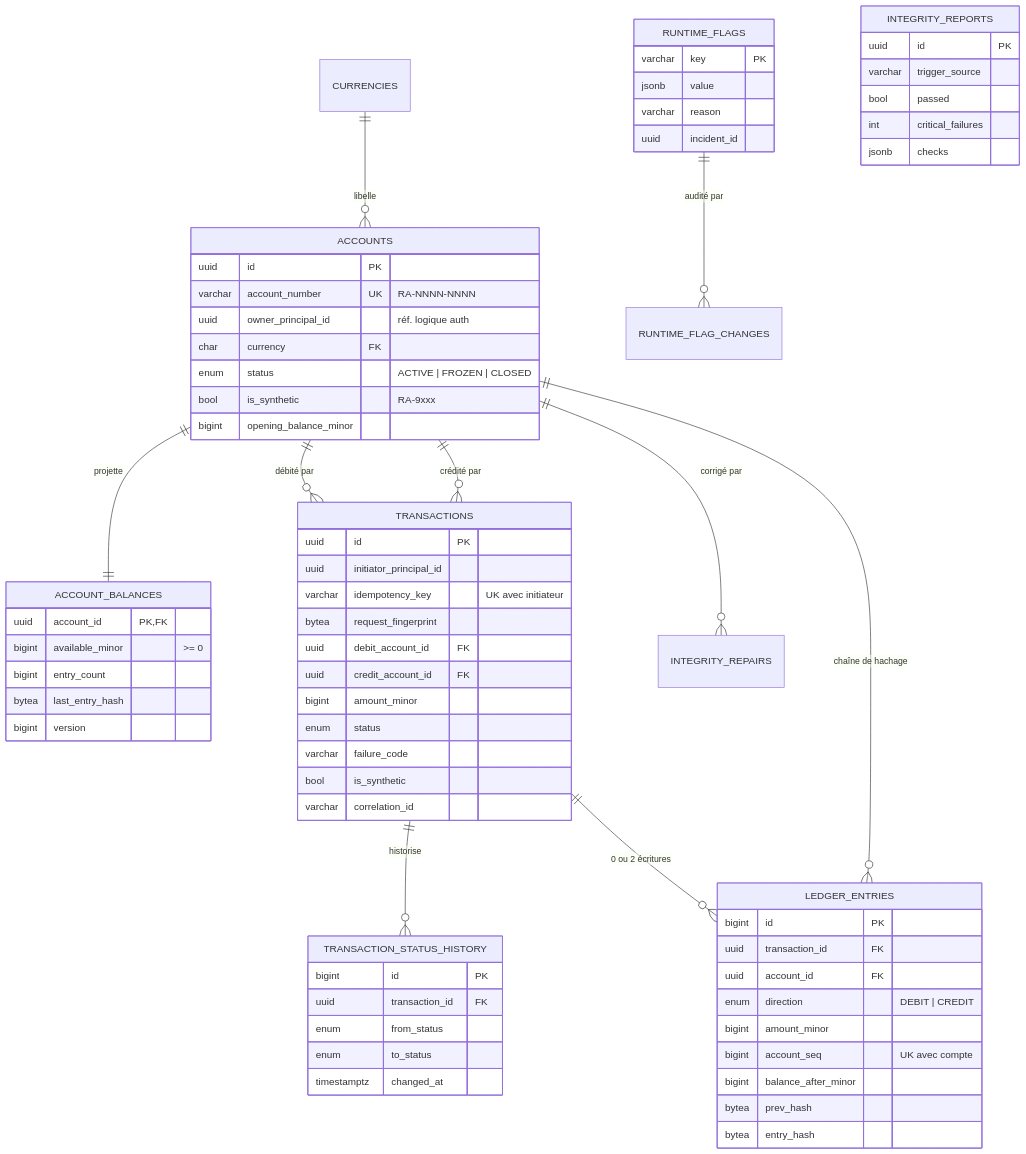
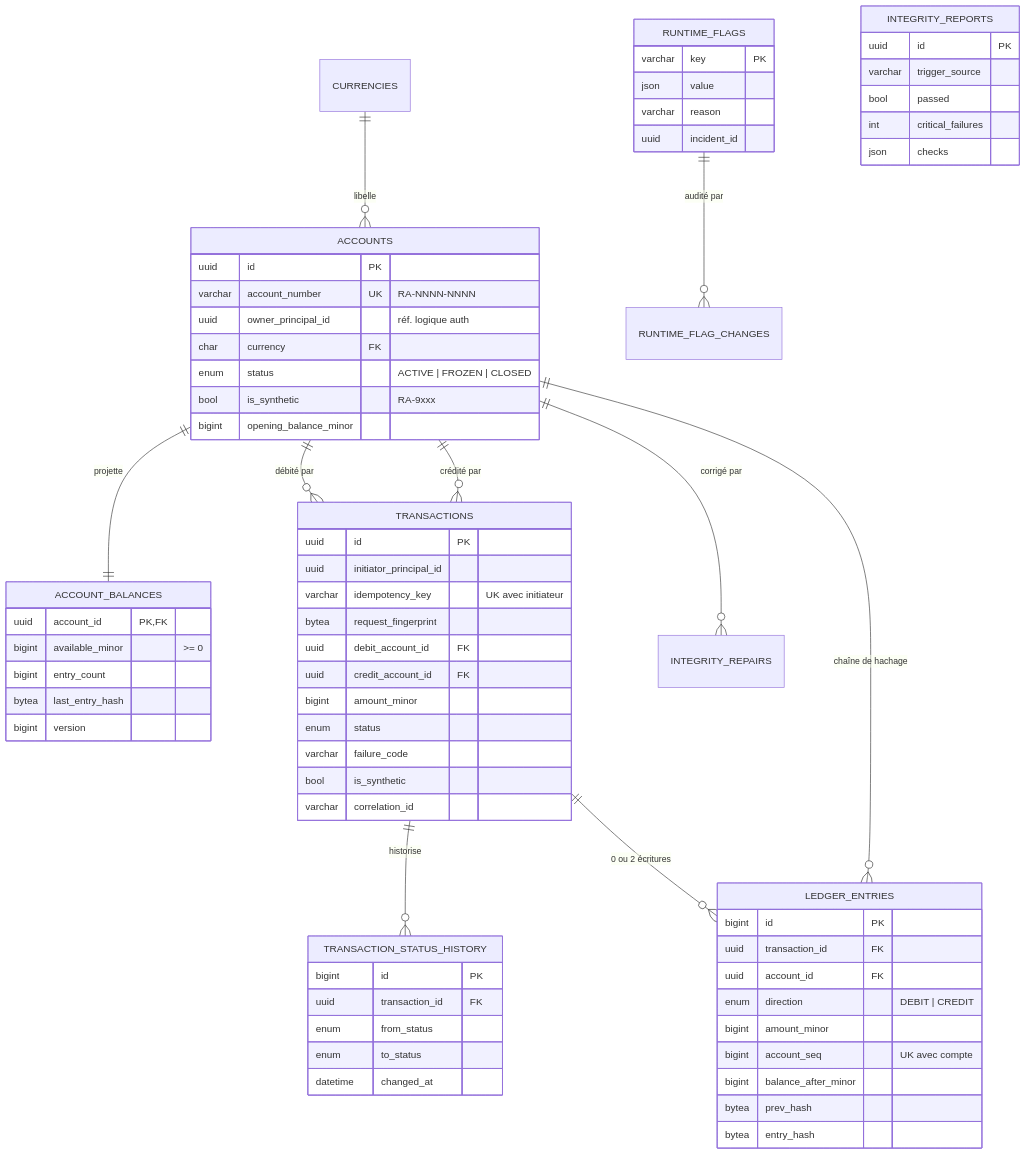
The second of 4 diagrams in docs/02-modele-donnees.md (HexNyo/WorkShop-2026), drawn with Mermaid before and after one commit. The commit also changed other lines of this file and 64 other files, not shown here.

````diff
--- a/docs/02-modele-donnees.md
+++ b/docs/02-modele-donnees.md
@@ -71,73 +71,73 @@
 ```mermaid
 erDiagram
     CURRENCIES ||--o{ ACCOUNTS : "libelle"
     ACCOUNTS ||--|| ACCOUNT_BALANCES : "projette"
     ACCOUNTS ||--o{ TRANSACTIONS : "débité par"
     ACCOUNTS ||--o{ TRANSACTIONS : "crédité par"
     TRANSACTIONS ||--o{ TRANSACTION_STATUS_HISTORY : "historise"
     TRANSACTIONS ||--o{ LEDGER_ENTRIES : "0 ou 2 écritures"
     ACCOUNTS ||--o{ LEDGER_ENTRIES : "chaîne de hachage"
     ACCOUNTS ||--o{ INTEGRITY_REPAIRS : "corrigé par"
     RUNTIME_FLAGS ||--o{ RUNTIME_FLAG_CHANGES : "audité par"
 
     ACCOUNTS {
         uuid id PK
         varchar account_number UK "RA-NNNN-NNNN"
         uuid owner_principal_id "réf. logique auth"
         char currency FK
         enum status "ACTIVE | FROZEN | CLOSED"
         bool is_synthetic "RA-9xxx"
         bigint opening_balance_minor
     }
     ACCOUNT_BALANCES {
         uuid account_id PK,FK
         bigint available_minor ">= 0"
         bigint entry_count
         bytea last_entry_hash
         bigint version
     }
     TRANSACTIONS {
         uuid id PK
         uuid initiator_principal_id
         varchar idempotency_key "UK avec initiateur"
         bytea request_fingerprint
         uuid debit_account_id FK
         uuid credit_account_id FK
         bigint amount_minor
         enum status
         varchar failure_code
         bool is_synthetic
         varchar correlation_id
     }
     LEDGER_ENTRIES {
         bigint id PK
         uuid transaction_id FK
         uuid account_id FK
         enum direction "DEBIT | CREDIT"
         bigint amount_minor
         bigint account_seq "UK avec compte"
         bigint balance_after_minor
         bytea prev_hash
         bytea entry_hash
     }
     TRANSACTION_STATUS_HISTORY {
         bigint id PK
         uuid transaction_id FK
         enum from_status
         enum to_status
-        timestamptz changed_at
+        datetime changed_at
     }
     RUNTIME_FLAGS {
         varchar key PK
-        jsonb value
+        json value
         varchar reason
         uuid incident_id
     }
     INTEGRITY_REPORTS {
         uuid id PK
         varchar trigger_source
         bool passed
         int critical_failures
-        jsonb checks
+        json checks
     }
 ```
````
